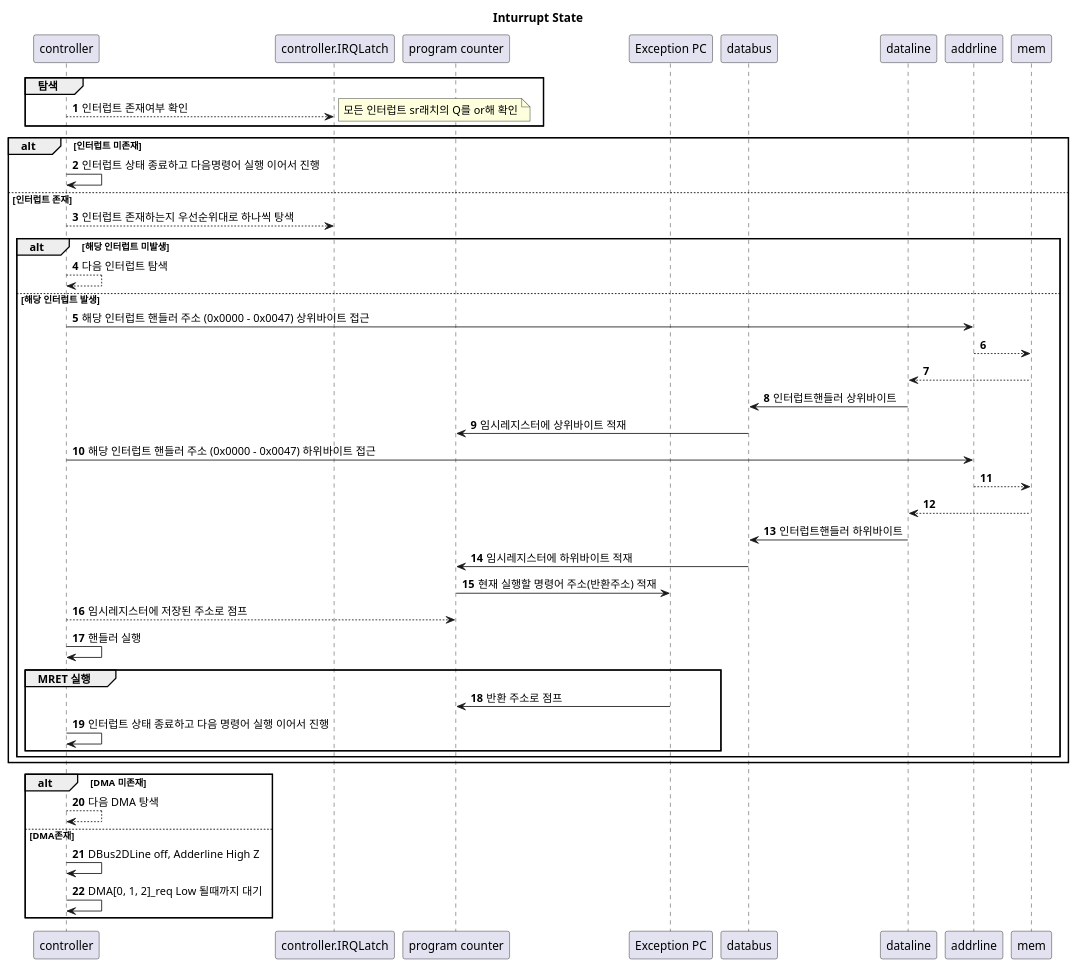
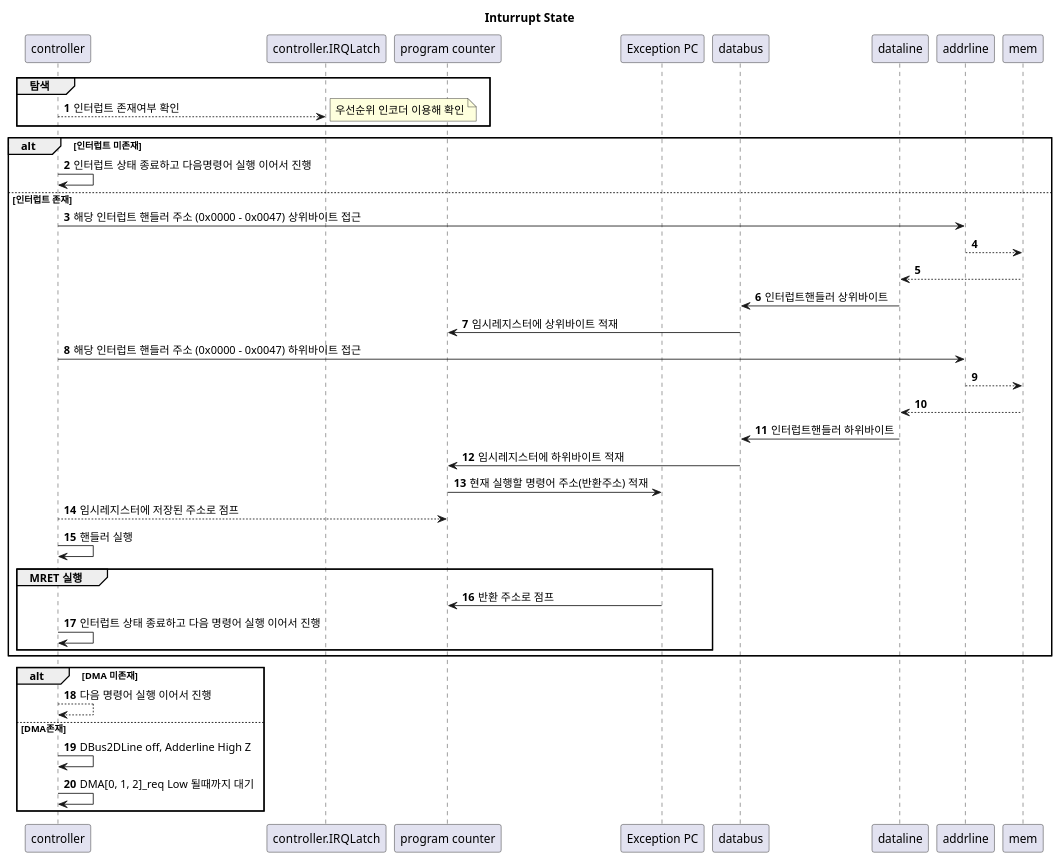
One commit to BeomjunKim-3p/wach changed the diagram in wa824/docs/core/I/WA824IInterruptState.puml. Above: the diagram before and after it, drawn with PlantUML.

```diff
--- a/wa824/docs/core/I/WA824IInterruptState.puml
+++ b/wa824/docs/core/I/WA824IInterruptState.puml
@@ -1,51 +1,46 @@
 @startuml
 title Inturrupt State
 autonumber
 participant controller             as ct
 participant "controller.IRQLatch"  as ir
 participant "program counter"      as pc
 participant "Exception PC"         as epc
 participant databus                as db
 participant dataline               as dl
 participant addrline               as ad
 participant mem                    as me
 
 group 탐색
   ct --> ir : 인터럽트 존재여부 확인
-  note right: 모든 인터럽트 sr래치의 Q를 or해 확인
+  note right: 우선순위 인코더 이용해 확인
 end
 
 alt 인터럽트 미존재
   ct -> ct : 인터럽트 상태 종료하고 다음명령어 실행 이어서 진행
 else 인터럽트 존재
-  ct --> ir : 인터럽트 존재하는지 우선순위대로 하나씩 탕색
-  alt 해당 인터럽트 미발생
-    ct --> ct: 다음 인터럽트 탐색
-  else 해당 인터럽트 발생
-    ct -> ad : 해당 인터럽트 핸들러 주소 (0x0000 - 0x0047) 상위바이트 접근
-    ad --> me
-    me --> dl
-    dl -> db : 인터럽트핸들러 상위바이트
-    db -> pc : 임시레지스터에 상위바이트 적재
-    ct -> ad : 해당 인터럽트 핸들러 주소 (0x0000 - 0x0047) 하위바이트 접근
-    ad --> me
-    me --> dl
-    dl -> db : 인터럽트핸들러 하위바이트
-    db -> pc : 임시레지스터에 하위바이트 적재
-    pc -> epc : 현재 실행할 명령어 주소(반환주소) 적재
-    ct --> pc : 임시레지스터에 저장된 주소로 점프
-    ct -> ct : 핸들러 실행
-    group MRET 실행
-      epc -> pc : 반환 주소로 점프
-      ct -> ct : 인터럽트 상태 종료하고 다음 명령어 실행 이어서 진행
-    end
+  ct -> ad : 해당 인터럽트 핸들러 주소 (0x0000 - 0x0047) 상위바이트 접근
+  ad --> me
+  me --> dl
+  dl -> db : 인터럽트핸들러 상위바이트
+  db -> pc : 임시레지스터에 상위바이트 적재
+  ct -> ad : 해당 인터럽트 핸들러 주소 (0x0000 - 0x0047) 하위바이트 접근
+  ad --> me
+  me --> dl
+  dl -> db : 인터럽트핸들러 하위바이트
+  db -> pc : 임시레지스터에 하위바이트 적재
+  pc -> epc : 현재 실행할 명령어 주소(반환주소) 적재
+  ct --> pc : 임시레지스터에 저장된 주소로 점프
+  ct -> ct : 핸들러 실행
+  group MRET 실행
+    epc -> pc : 반환 주소로 점프
+    ct -> ct : 인터럽트 상태 종료하고 다음 명령어 실행 이어서 진행
   end
 end
 alt DMA 미존재
-  ct --> ct : 다음 DMA 탕색
+  ct --> ct : 다음 명령어 실행 이어서 진행
 else DMA존재
   ct -> ct : DBus2DLine off, Adderline High Z
   ct -> ct : DMA[0, 1, 2]_req Low 될때까지 대기
 end
 
 @enduml
```
